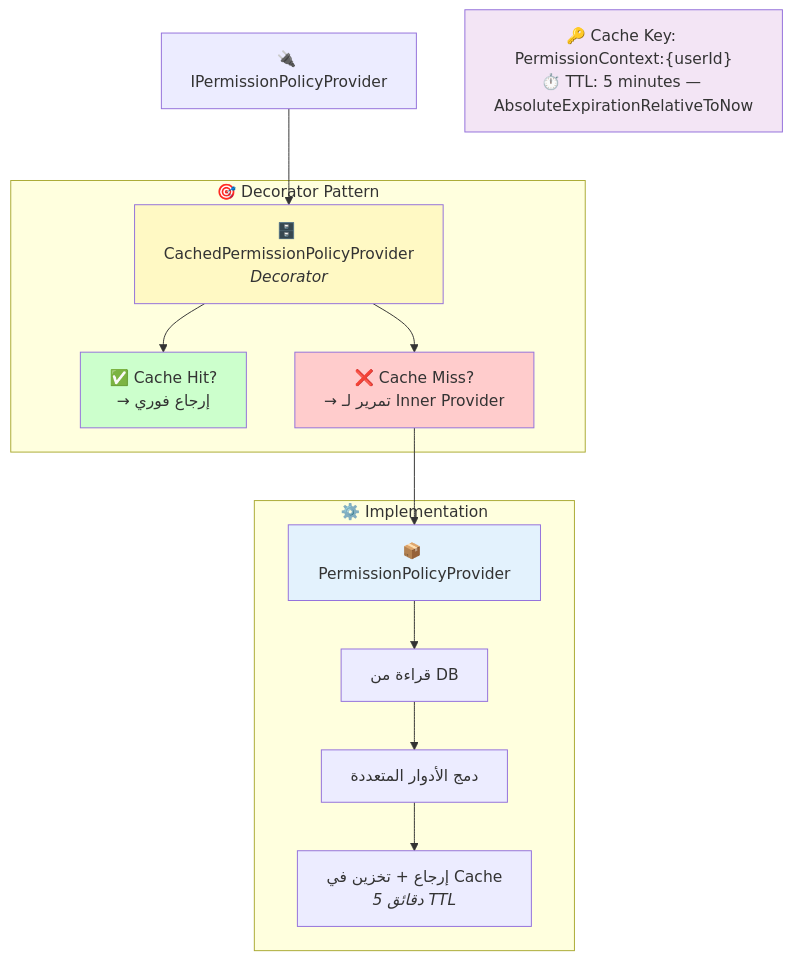
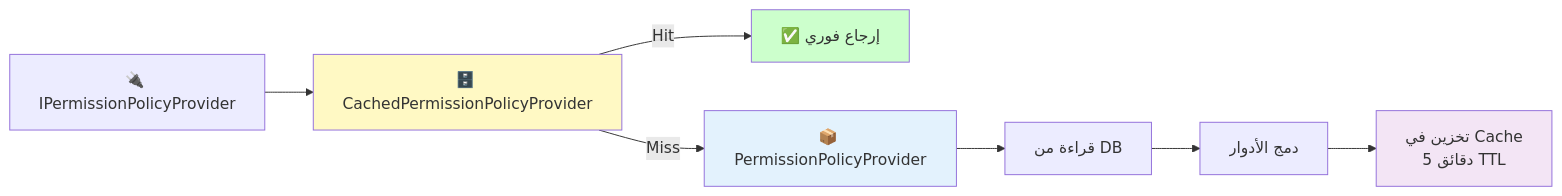
One commit to salahAbdellaoui/MPresentation changed diagram 22 of 22 in README.md. Above: the diagram before and after it, drawn with Mermaid. The commit also changed other lines of this file, not shown here.

````diff
--- a/README.md
+++ b/README.md
@@ -1220,31 +1200,12 @@
 ```mermaid
-graph TD
-    I["🔌 IPermissionPolicyProvider"]
-
-    subgraph Decorator["🎯 Decorator Pattern"]
-        C["🗄️ CachedPermissionPolicyProvider<br/><i>Decorator</i>"]
-        HIT["✅ Cache Hit?<br/>→ إرجاع فوري"]
-        MISS["❌ Cache Miss?<br/>→ تمرير لـ Inner Provider"]
-    end
-
-    subgraph Inner["⚙️ Implementation"]
-        P["📦 PermissionPolicyProvider"]
-        P1["قراءة من DB"]
-        P2["دمج الأدوار المتعددة"]
-        P3["إرجاع + تخزين في Cache<br/><i>5 دقائق TTL</i>"]
-    end
-
-    KEY["🔑 Cache Key: PermissionContext:{userId}<br/>⏱️ TTL: 5 minutes — AbsoluteExpirationRelativeToNow"]
-
-    I --> C
-    C --> HIT
-    C --> MISS
-    MISS --> P
-    P --> P1 --> P2 --> P3
+graph LR
+    I["🔌 IPermissionPolicyProvider"] --> C["🗄️ CachedPermissionPolicyProvider"]
+    C -->|"Hit"| HIT["✅ إرجاع فوري"]
+    C -->|"Miss"| P["📦 PermissionPolicyProvider"]
+    P --> P1["قراءة من DB"] --> P2["دمج الأدوار"] --> P3["تخزين في Cache<br/>5 دقائق TTL"]
 
     style HIT fill:#ccffcc
-    style MISS fill:#ffcccc
     style C fill:#fff9c4
     style P fill:#e3f2fd
-    style KEY fill:#f3e5f5
+    style P3 fill:#f3e5f5
 ```
````
